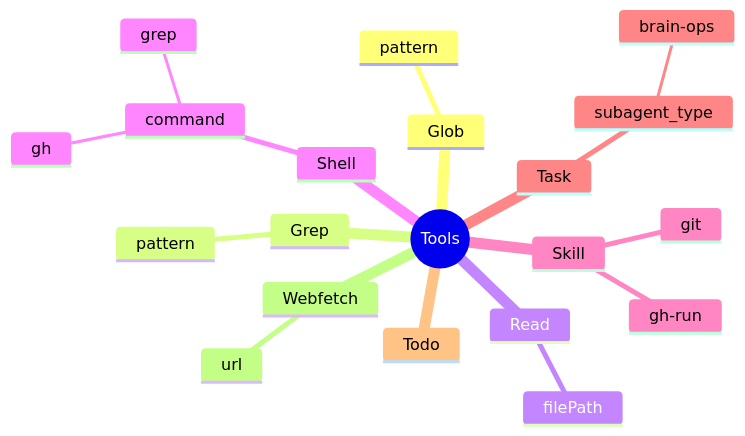
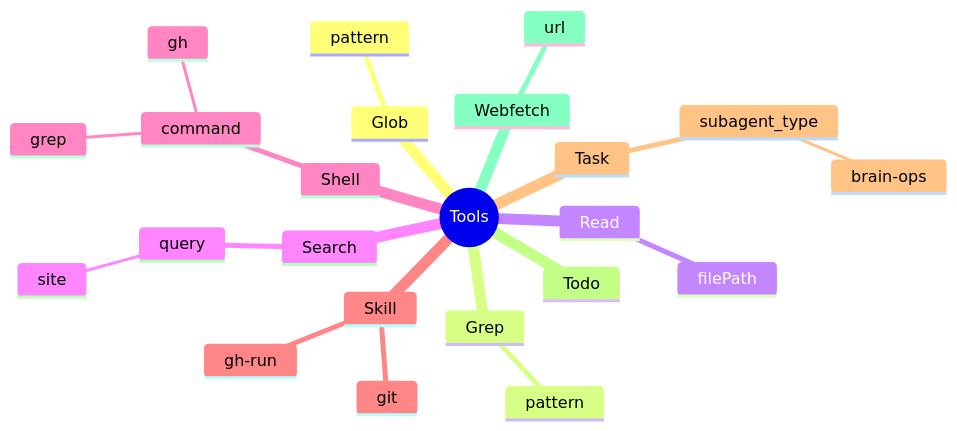
One commit to Cogni-AI-OU/cogni-ai-agent-skills changed the third of 11 diagrams in agent-log-analysis/SKILL.md. Above: the diagram before and after it, drawn with Mermaid. The commit also changed other lines of this file, not shown here.

Commit message:
Update tool call distribution and add Search parameters

````diff
--- a/agent-log-analysis/SKILL.md
+++ b/agent-log-analysis/SKILL.md
@@ -181,23 +182,26 @@
 ```mermaid
 mindmap
   root((Tools))
     Glob
       pattern
     Grep
       pattern
     Read
       filePath
+    Search
+      query
+        site
     Shell
       command
         gh
         grep
     Skill
       gh-run
       git
     Task
       subagent_type
         brain-ops
     Todo
     Webfetch
       url
 ```
````
